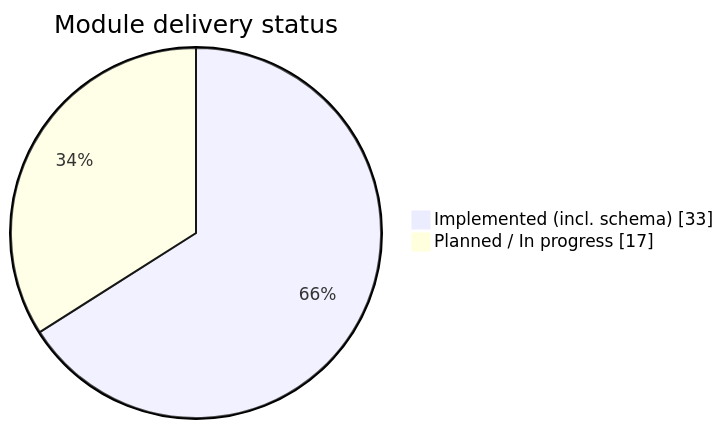
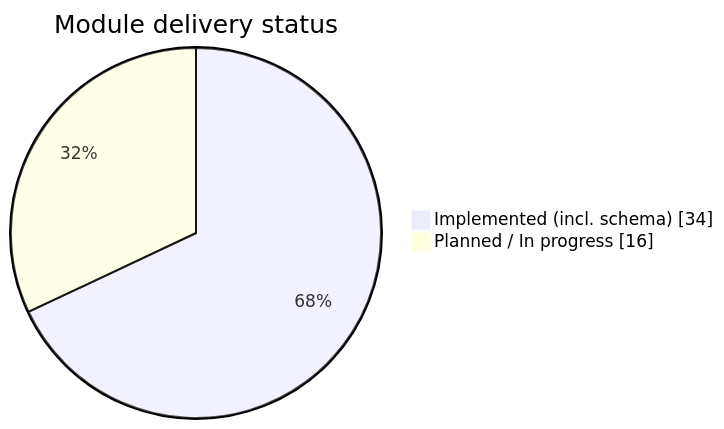
Before and after one commit to RITH-1437/educore: the first of 2 diagrams in docs/6_Module-Status-and-Roadmap.md, drawn with Mermaid. The commit also changed other lines of this file and 40 other files, not shown here.

````diff
--- a/docs/6_Module-Status-and-Roadmap.md
+++ b/docs/6_Module-Status-and-Roadmap.md
@@ -47,6 +47,6 @@
 ```mermaid
 pie showData
   title Module delivery status
-  "Implemented (incl. schema)" : 33
-  "Planned / In progress" : 17
+  "Implemented (incl. schema)" : 34
+  "Planned / In progress" : 16
 ```
````
